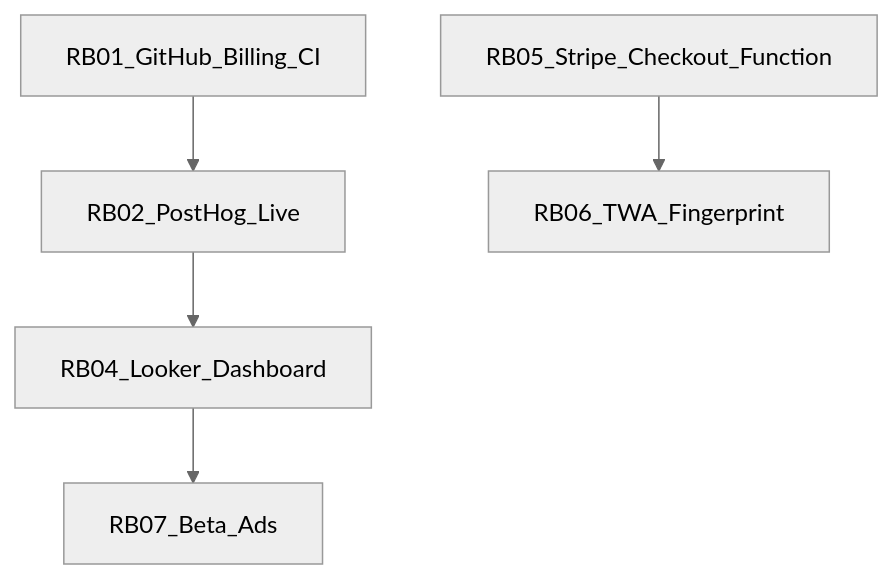
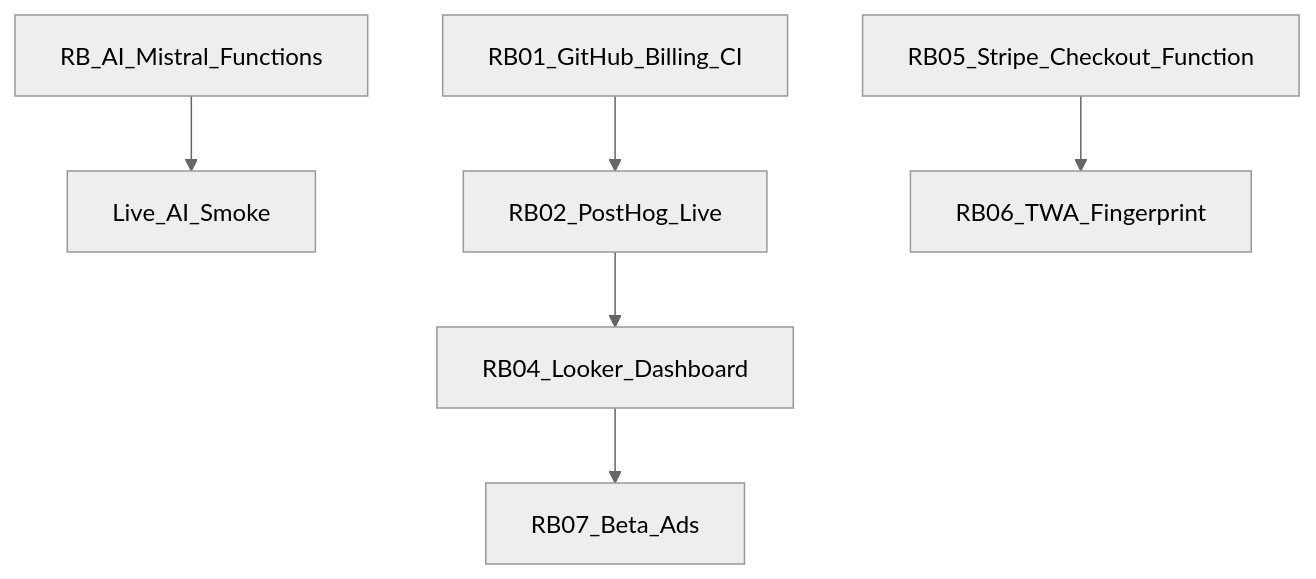
One commit to ENZO7700/forenz-detectiv changed the diagram in docs/REMAINING_BACKLOG.md. Above: the diagram before and after it, drawn with Mermaid (neutral theme). The commit also changed other lines of this file and 2 other files, not shown here.

First line of the commit message:
docs(prod): freeze PROD-READY report after live guest smoke

````diff
--- a/docs/REMAINING_BACKLOG.md
+++ b/docs/REMAINING_BACKLOG.md
@@ -78,7 +81,8 @@
 ```mermaid
 flowchart TD
+  AI[RB_AI_Mistral_Functions] --> Smoke[Live_AI_Smoke]
   T1[RB01_GitHub_Billing_CI] --> T2[RB02_PostHog_Live]
   T2 --> T4[RB04_Looker_Dashboard]
   T5[RB05_Stripe_Checkout_Function] --> T6[RB06_TWA_Fingerprint]
   T4 --> T7[RB07_Beta_Ads]
 ```
````
